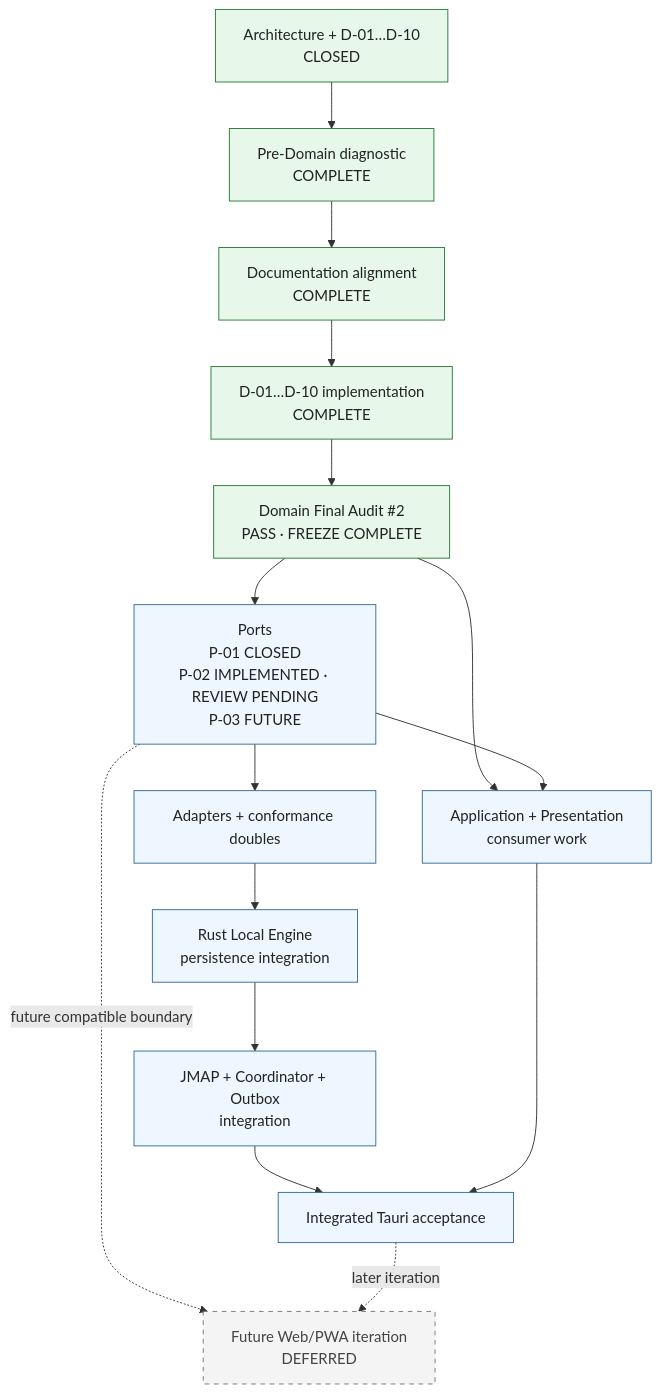
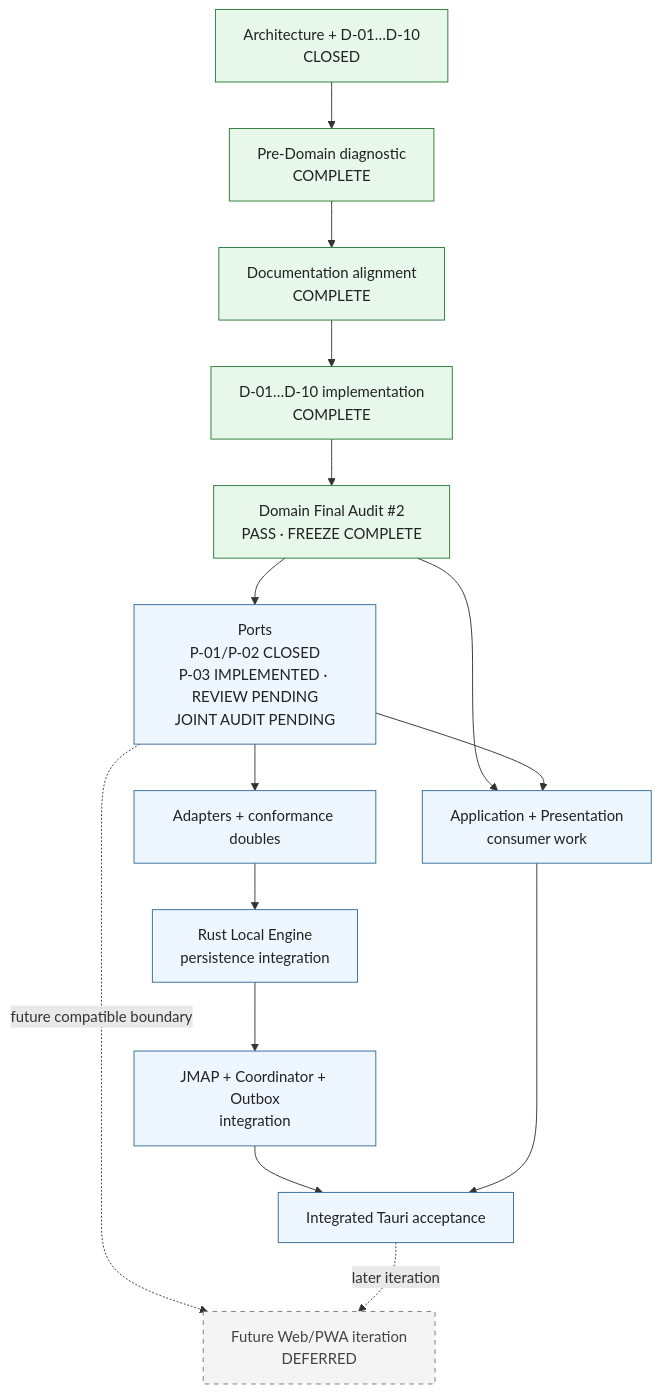
Before and after one commit to sebastiandperez/Correo-Boxplot: the diagram in docs/planning/roadmap.md, drawn with Mermaid. The commit also changed other lines of this file and 10 other files, not shown here.

````diff
--- a/docs/planning/roadmap.md
+++ b/docs/planning/roadmap.md
@@ -52,29 +52,29 @@
 ```mermaid
 flowchart TD
     Decisions["Architecture + D-01…D-10<br/>CLOSED"]
     Diagnostic["Pre-Domain diagnostic<br/>COMPLETE"]
     Docs["Documentation alignment<br/>COMPLETE"]
     Domain["D-01…D-10 implementation<br/>COMPLETE"]
     DomainGate["Domain Final Audit #2<br/>PASS · FREEZE COMPLETE"]
-    Ports["Ports<br/>P-01 CLOSED<br/>P-02 IMPLEMENTED · REVIEW PENDING<br/>P-03 FUTURE"]
+    Ports["Ports<br/>P-01/P-02 CLOSED<br/>P-03 IMPLEMENTED · REVIEW PENDING<br/>JOINT AUDIT PENDING"]
     Adapters["Adapters + conformance doubles"]
     Engine["Rust Local Engine<br/>persistence integration"]
     Remote["JMAP + Coordinator + Outbox<br/>integration"]
     App["Application + Presentation<br/>consumer work"]
     Acceptance["Integrated Tauri acceptance"]
     FutureWeb["Future Web/PWA iteration<br/>DEFERRED"]
 
     Decisions --> Diagnostic --> Docs --> Domain --> DomainGate --> Ports --> Adapters --> Engine --> Remote --> Acceptance
     DomainGate --> App
     Ports --> App
     App --> Acceptance
     Ports -.->|"future compatible boundary"| FutureWeb
     Acceptance -.->|"later iteration"| FutureWeb
 
     classDef closed fill:#e7f7ea,stroke:#297a38,color:#222;
     classDef active fill:#eef7ff,stroke:#336b99,color:#222;
     classDef deferred fill:#f4f4f4,stroke:#777,stroke-dasharray:5 5,color:#444;
     class Decisions,Diagnostic,Docs,Domain,DomainGate closed;
     class Ports,Adapters,Engine,Remote,App,Acceptance active;
     class FutureWeb deferred;
 ```
````
